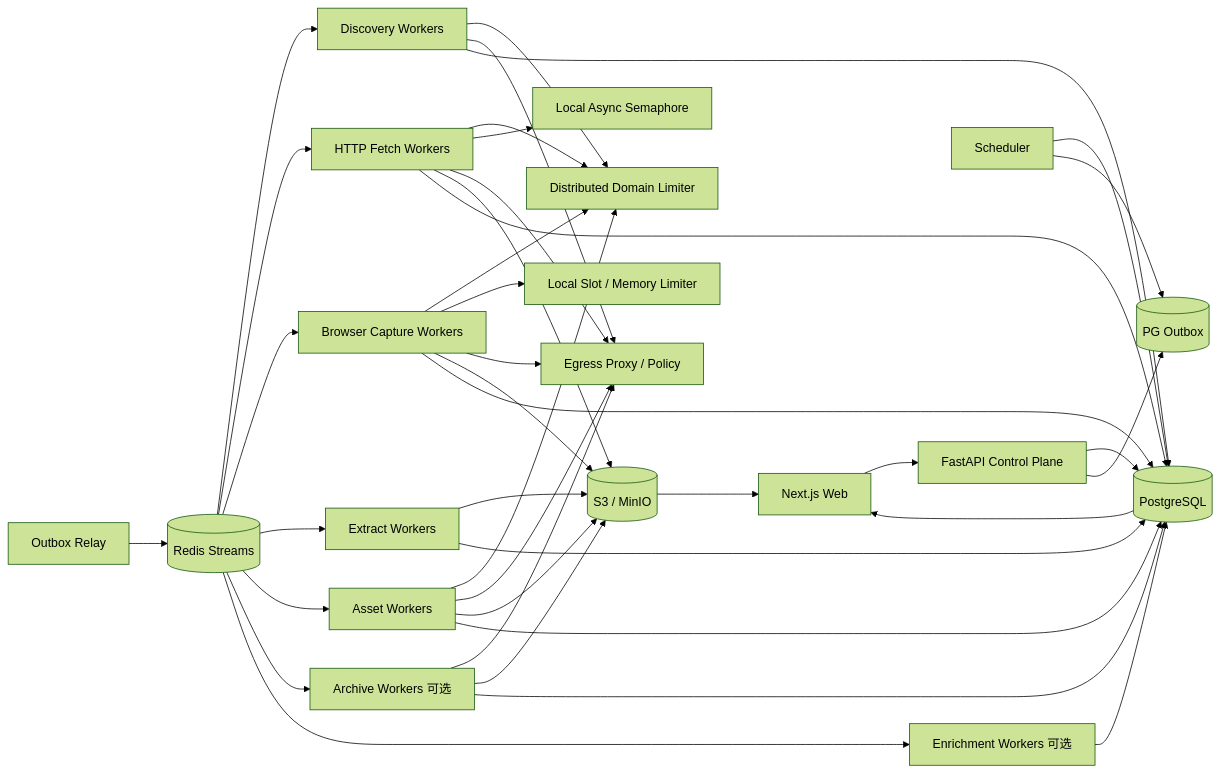
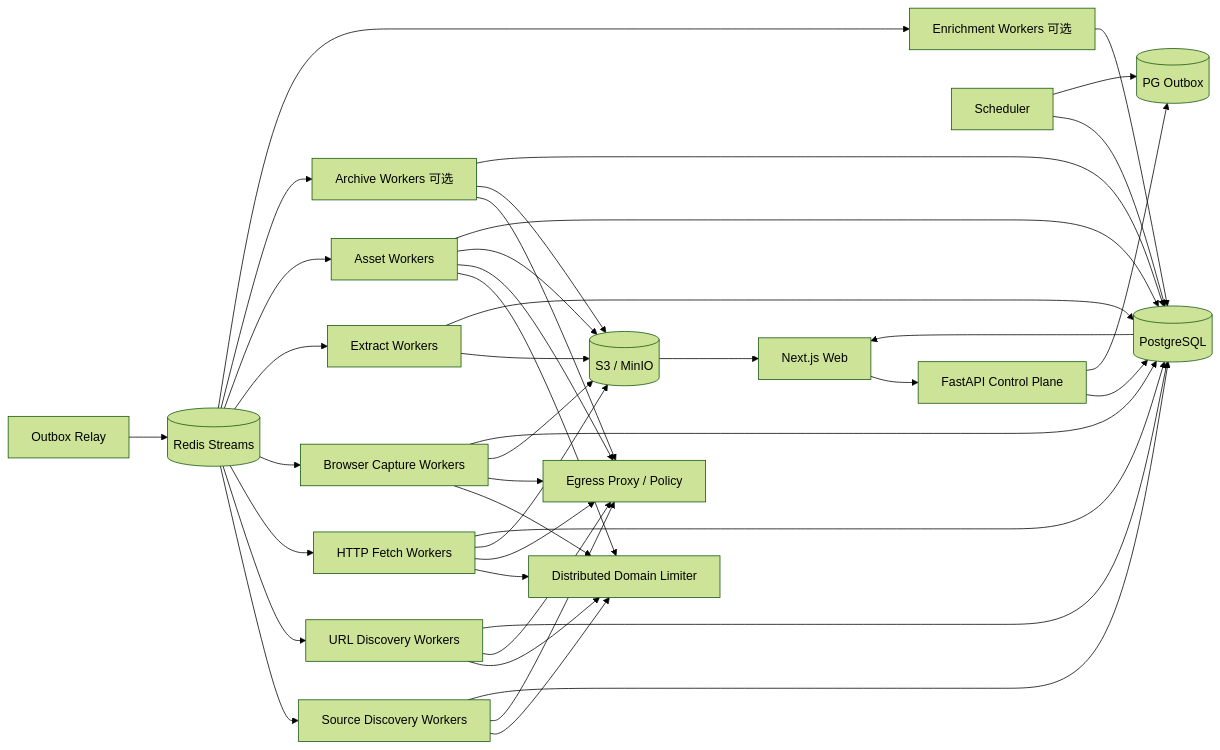
The diagram in 博客知识库技术方案.md (WorkerXu/my-doc), drawn with Mermaid (forest theme) before and after one commit. The commit also changed other lines of this file, not shown here.

````diff
--- a/博客知识库技术方案.md
+++ b/博客知识库技术方案.md
@@ -57,48 +59,49 @@
 ```mermaid
 flowchart LR
     UI[Next.js Web] --> API[FastAPI Control Plane]
     API --> PG[(PostgreSQL)]
     API --> OUT[(PG Outbox)]
     SCHED[Scheduler] --> PG
     SCHED --> OUT
     RELAY[Outbox Relay] --> REDIS[(Redis Streams)]
 
-    REDIS --> DISC[Discovery Workers]
+    REDIS --> SD[Source Discovery Workers]
+    REDIS --> UD[URL Discovery Workers]
     REDIS --> HF[HTTP Fetch Workers]
     REDIS --> BF[Browser Capture Workers]
     REDIS --> EX[Extract Workers]
     REDIS --> ASSET[Asset Workers]
     REDIS --> ARCH[Archive Workers 可选]
     REDIS --> EN[Enrichment Workers 可选]
 
-    DISC --> DLIM[Distributed Domain Limiter]
+    SD --> DLIM[Distributed Domain Limiter]
+    UD --> DLIM
     HF --> DLIM
     BF --> DLIM
     ASSET --> DLIM
 
-    BF --> LLIM[Local Slot / Memory Limiter]
-    HF --> LLIM2[Local Async Semaphore]
-
-    DISC --> EGRESS[Egress Proxy / Policy]
+    SD --> EGRESS[Egress Proxy / Policy]
+    UD --> EGRESS
     HF --> EGRESS
     BF --> EGRESS
     ASSET --> EGRESS
     ARCH --> EGRESS
 
     HF --> S3[(S3 / MinIO)]
     BF --> S3
     EX --> S3
     ASSET --> S3
     ARCH --> S3
 
-    DISC --> PG
+    SD --> PG
+    UD --> PG
     HF --> PG
     BF --> PG
     EX --> PG
     ASSET --> PG
     ARCH --> PG
     EN --> PG
 
     PG --> UI
     S3 --> UI
 ```
````
